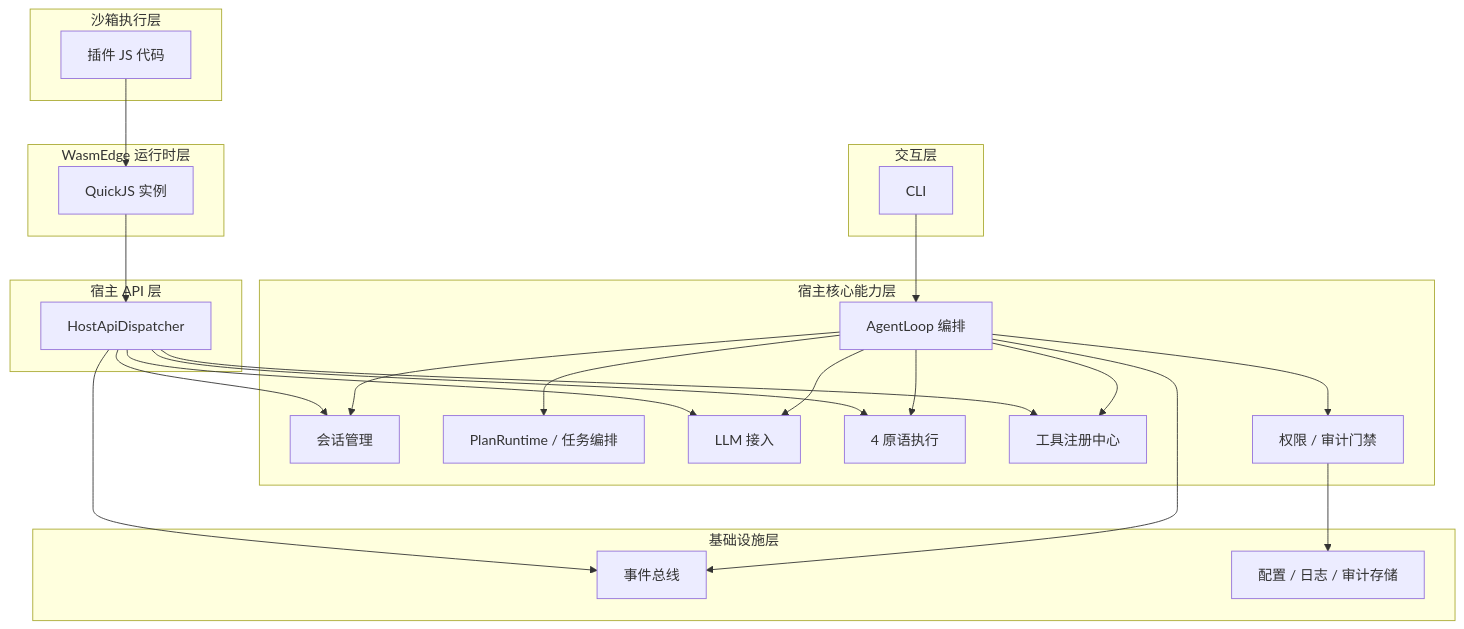
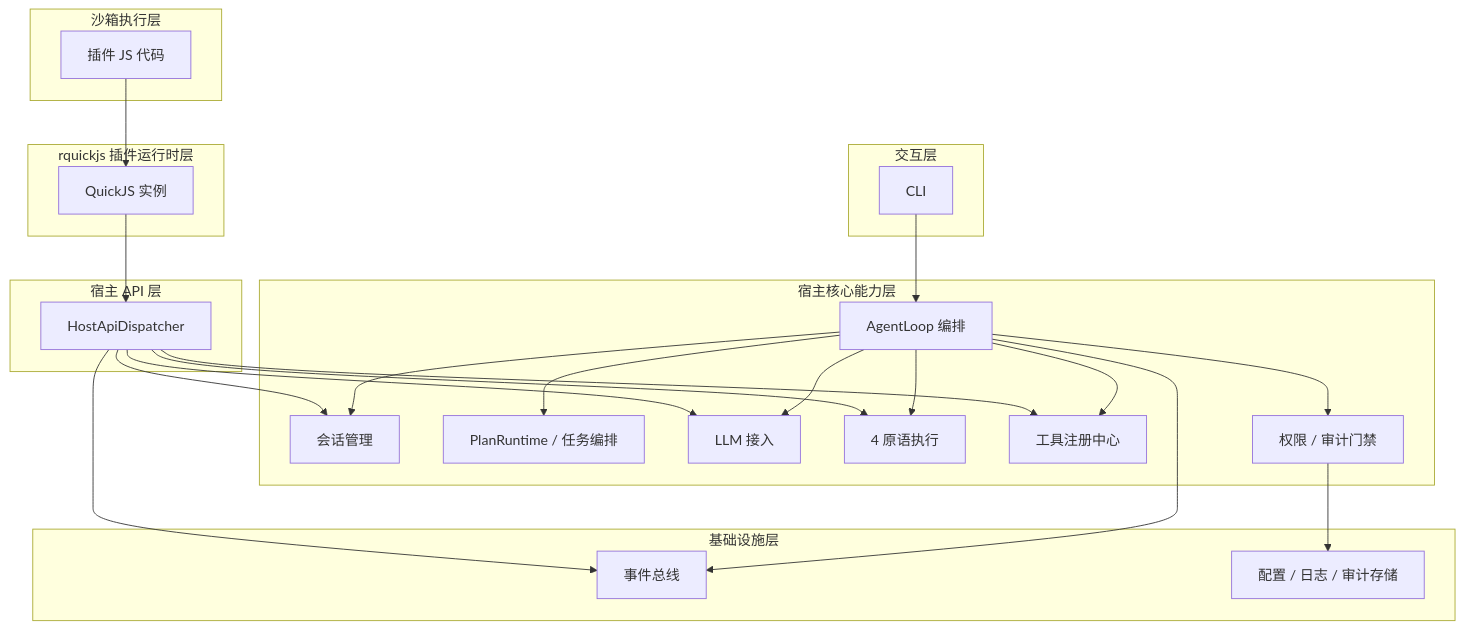
Before and after one commit to teisun/tomcat-agent: the first of 2 diagrams in tomcat/docs/architecture/project-overview-panorama.md, drawn with Mermaid. The commit also changed other lines of this file and 213 other files, not shown here.

First line of the commit message:
refactor(plugin): runtime 子模块抽象并清除 WasmEdge 残余

````diff
--- a/tomcat/docs/architecture/project-overview-panorama.md
+++ b/tomcat/docs/architecture/project-overview-panorama.md
@@ -40,44 +40,44 @@
 ```mermaid
 flowchart TB
   subgraph interaction [交互层]
     CLI[CLI]
   end
   subgraph sandbox [沙箱执行层]
     PluginCode[插件 JS 代码]
   end
-  subgraph wasmedge [WasmEdge 运行时层]
+  subgraph pluginvm [rquickjs 插件运行时层]
     QuickJS[QuickJS 实例]
   end
   subgraph hostApi [宿主 API 层]
     Dispatcher[HostApiDispatcher]
   end
   subgraph hostCore [宿主核心能力层]
     Loop[AgentLoop 编排]
     Session[会话管理]
     Plan[PlanRuntime / 任务编排]
     LLM[LLM 接入]
     Primitive[4 原语执行]
     Tools[工具注册中心]
     Permission[权限 / 审计门禁]
   end
   subgraph infra [基础设施层]
     EventBus[事件总线]
     Config[配置 / 日志 / 审计存储]
   end
   CLI --> Loop
   PluginCode --> QuickJS
   QuickJS --> Dispatcher
   Dispatcher --> Session
   Dispatcher --> LLM
   Dispatcher --> Primitive
   Dispatcher --> Tools
   Dispatcher --> EventBus
   Loop --> Session
   Loop --> Plan
   Loop --> LLM
   Loop --> Tools
   Loop --> Primitive
   Loop --> Permission
   Loop --> EventBus
   Permission --> Config
 ```
````
